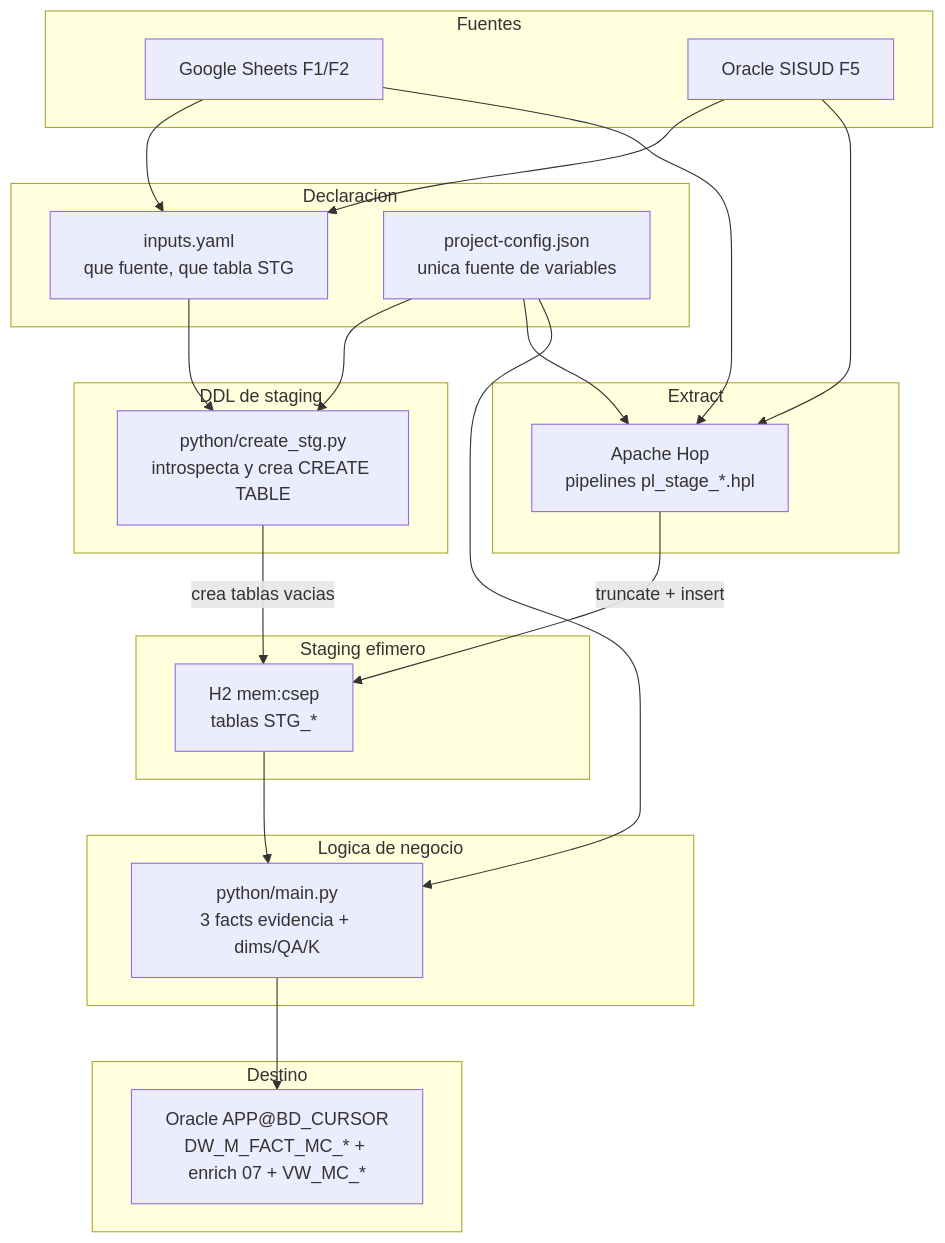
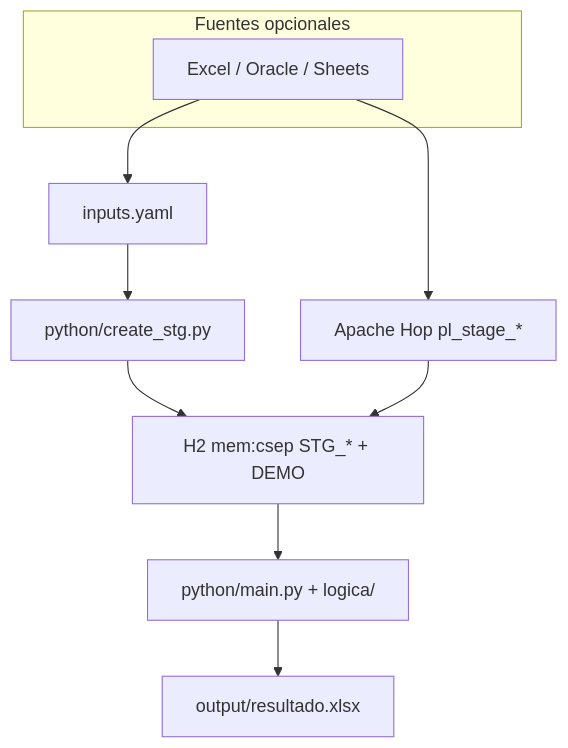
One commit to nwodevops/multa_informes_etl changed the diagram in docs/arquitectura.md. Above: the diagram before and after it, drawn with Mermaid. The commit also changed other lines of this file and 1 other file, not shown here.

````diff
--- a/docs/arquitectura.md
+++ b/docs/arquitectura.md
@@ -16,45 +7,18 @@
 ```mermaid
 flowchart TB
-  subgraph fuentes [Fuentes]
-    GS["Google Sheets F1/F2"]
-    ORA["Oracle SISUD F5"]
+  subgraph fuentes [Fuentes opcionales]
+    EX["Excel / Oracle / Sheets"]
   end
 
-  subgraph declaracion [Declaracion]
-    YAML["inputs.yaml<br/>que fuente, que tabla STG"]
-    PCFG["project-config.json<br/>unica fuente de variables"]
-  end
+  YAML["inputs.yaml"]
+  PYDDL["python/create_stg.py"]
+  HOP["Apache Hop pl_stage_*"]
+  H2["H2 mem:csep STG_* + DEMO"]
+  PY["python/main.py + logica/"]
+  OUT["output/resultado.xlsx"]
 
-  subgraph ddl [DDL de staging]
-    PY["python/create_stg.py<br/>introspecta y crea CREATE TABLE"]
-  end
-
-  subgraph extract [Extract]
-    HOP["Apache Hop<br/>pipelines pl_stage_*.hpl"]
-  end
-
-  subgraph staging [Staging efimero]
-    H2["H2 mem:csep<br/>tablas STG_*"]
-  end
-
-  subgraph logica [Logica de negocio]
-    PYL["python/main.py<br/>3 facts evidencia + dims/QA/K"]
-  end
-
-  subgraph destino [Destino]
-    OUT["Oracle APP@BD_CURSOR<br/>DW_M_FACT_MC_* + enrich 07 + VW_MC_*"]
-  end
-
-  GS --> YAML
-  ORA --> YAML
-  YAML --> PY
-  PCFG --> PY
-  PY -->|"crea tablas vacias"| H2
-  GS --> HOP
-  ORA --> HOP
-  PCFG --> HOP
-  HOP -->|"truncate + insert"| H2
-  H2 --> PYL
-  PCFG --> PYL
-  PYL --> OUT
+  EX --> YAML
+  YAML --> PYDDL --> H2
+  EX --> HOP --> H2
+  H2 --> PY --> OUT
 ```
````
